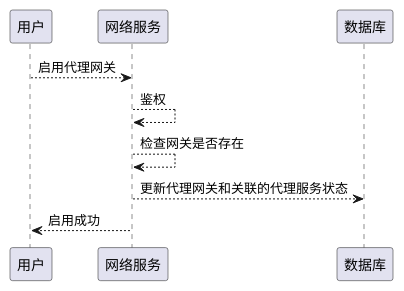
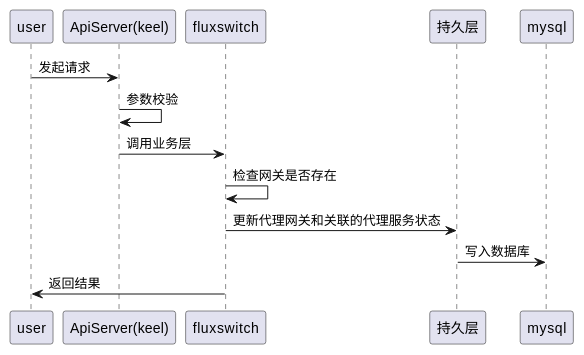
The third of 12 diagrams in docs/api/appendix/plantuml/fluxswitch.md (tkeel-io/docs), drawn with PlantUML before and after one commit. The commit also changed other lines of this file and 2 other files, not shown here.

Commit message:
feat: update plugin manager uml & fluxswicth manager

````diff
--- a/docs/api/appendix/plantuml/fluxswitch.md
+++ b/docs/api/appendix/plantuml/fluxswitch.md
@@ -59,13 +68,19 @@
 ```plantuml
+@startuml
+participant "user" as user
+participant "ApiServer(keel)" as keel
+participant "fluxswitch" as fluxswitch
+participant "持久层" as dblayer
+participant "mysql" as mysql
 
-participant "用户" as user
-participant "网络服务" as fluxswitch
-participant "数据库"  as db
 
-user --> fluxswitch : 启用代理网关
-fluxswitch --> fluxswitch : 鉴权
-fluxswitch --> fluxswitch : 检查网关是否存在
-fluxswitch --> db : 更新代理网关和关联的代理服务状态
-fluxswitch --> user : 启用成功
+user -> keel : 发起请求
+keel -> keel : 参数校验 
+keel -> fluxswitch : 调用业务层
+fluxswitch -> fluxswitch : 检查网关是否存在
+fluxswitch -> dblayer : 更新代理网关和关联的代理服务状态
+dblayer -> mysql : 写入数据库
+fluxswitch -> user : 返回结果
 
+@enduml
 ```
````
